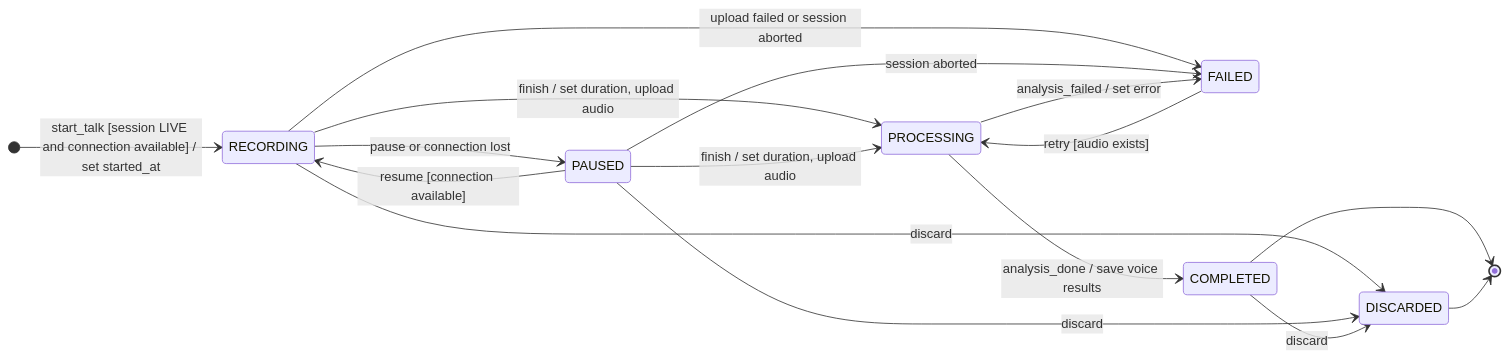
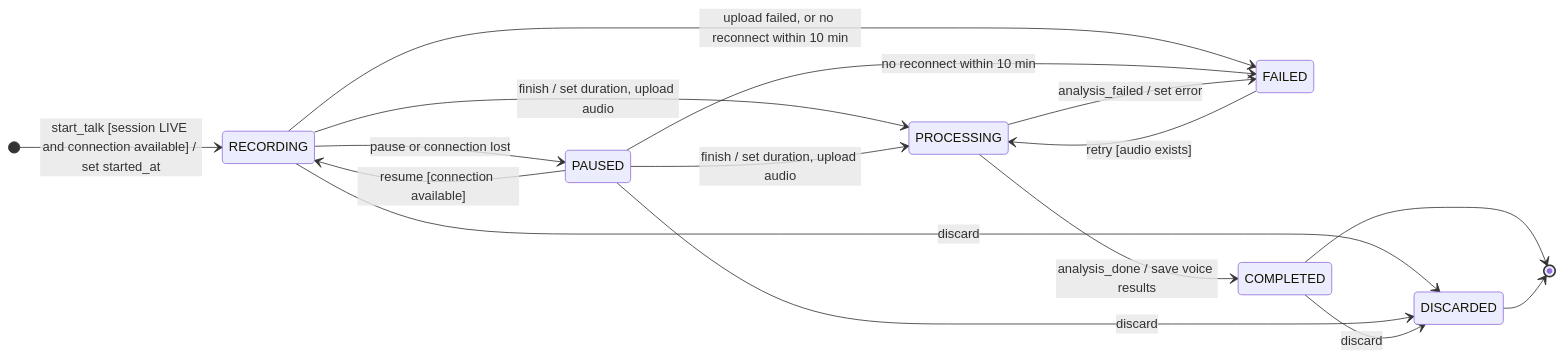
One commit to Slimeball12399/Pivot_expert_in_teams changed the second of 5 diagrams in Server/core/LogicGraphs.md. Above: the diagram before and after it, drawn with Mermaid. The commit also changed other lines of this file and 39 other files, not shown here.

````diff
--- a/Server/core/LogicGraphs.md
+++ b/Server/core/LogicGraphs.md
@@ -22,19 +22,19 @@
 ```mermaid
 stateDiagram-v2
     direction LR
     [*] --> RECORDING : start_talk [session LIVE and connection available] / set started_at
     RECORDING --> PAUSED : pause or connection lost
     PAUSED --> RECORDING : resume [connection available]
     RECORDING --> PROCESSING : finish / set duration, upload audio
     PAUSED --> PROCESSING : finish / set duration, upload audio
     RECORDING --> DISCARDED : discard
     PAUSED --> DISCARDED : discard
-    RECORDING --> FAILED : upload failed or session aborted
-    PAUSED --> FAILED : session aborted
+    RECORDING --> FAILED : upload failed, or no reconnect within 10 min
+    PAUSED --> FAILED : no reconnect within 10 min
     PROCESSING --> COMPLETED : analysis_done / save voice results
     PROCESSING --> FAILED : analysis_failed / set error
     FAILED --> PROCESSING : retry [audio exists]
     COMPLETED --> DISCARDED : discard
     COMPLETED --> [*]
     DISCARDED --> [*]
 ```
````
